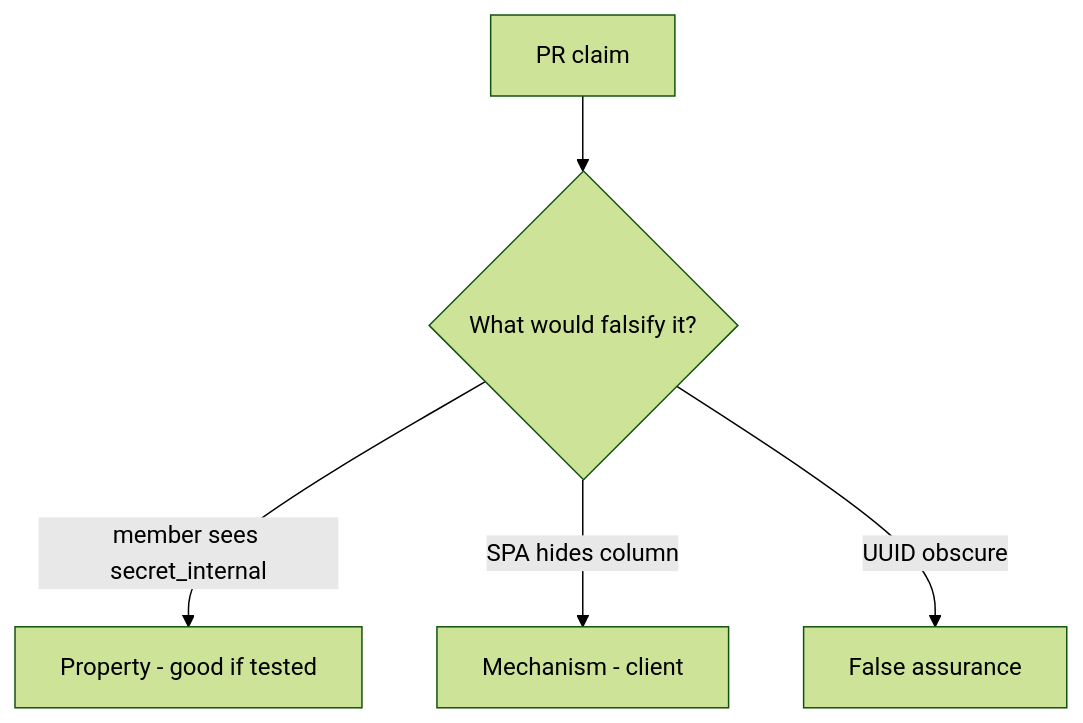
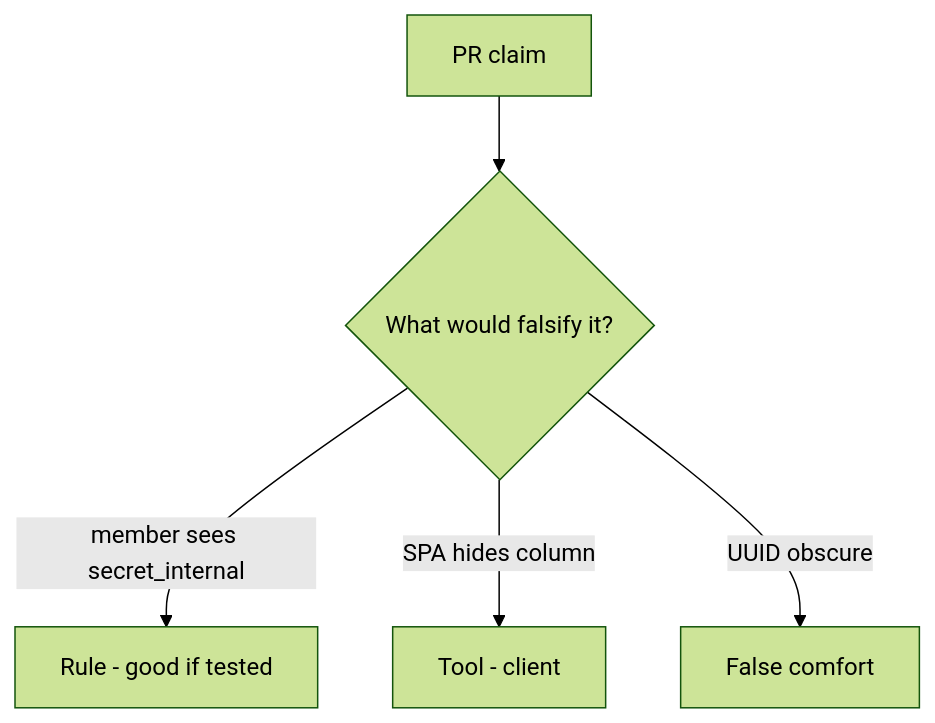
One commit to ishitvagoel/LearnSecurity changed the diagram in content/modules/7/7.2/lessons/08-review.md. Above: the diagram before and after it, drawn with Mermaid (forest theme). The commit also changed other lines of this file and 31 other files, not shown here.

````diff
--- a/content/modules/7/7.2/lessons/08-review.md
+++ b/content/modules/7/7.2/lessons/08-review.md
@@ -17,7 +18,7 @@
 ```mermaid
 flowchart TD
   Claim[PR claim] --> Q{"What would falsify it?"}
-  Q -->|member sees secret_internal| Property["Property - good if tested"]
-  Q -->|SPA hides column| Mechanism[Mechanism - client]
-  Q -->|UUID obscure| False[False assurance]
+  Q -->|member sees secret_internal| Property["Rule - good if tested"]
+  Q -->|SPA hides column| Mechanism[Tool - client]
+  Q -->|UUID obscure| False[False comfort]
 ```
````
